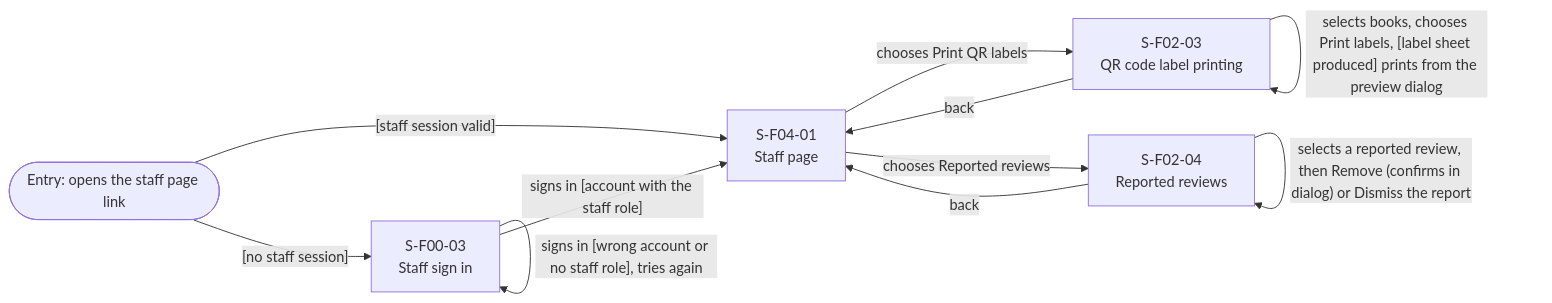
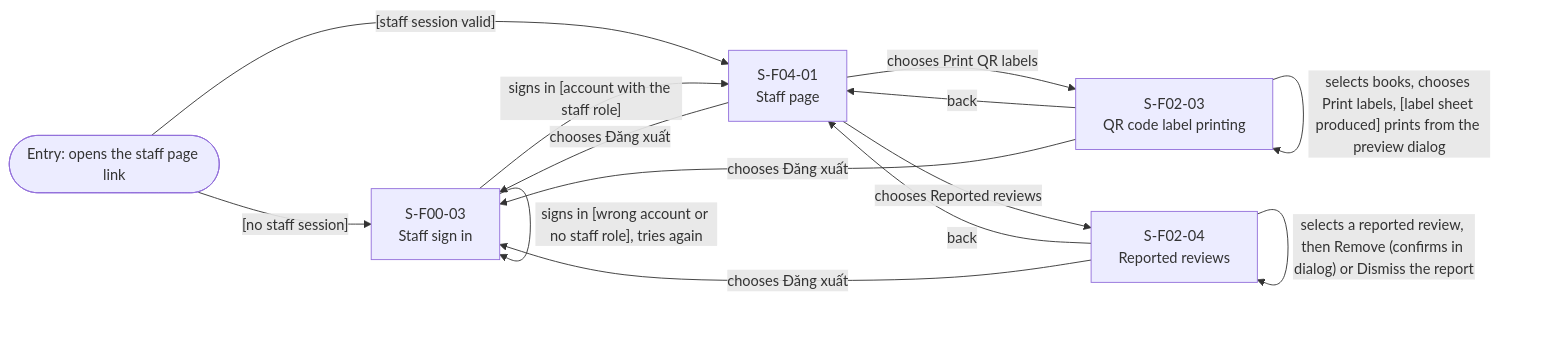
The second of 2 diagrams in [DBIZ 2] GROUP H/EXTERNAL DESIGN/screen-transition.md (chihvcte-beep/dbiz2-group-h), drawn with Mermaid before and after one commit. The commit also changed other lines of this file and 190 other files, not shown here.

````diff
--- a/[DBIZ 2] GROUP H/EXTERNAL DESIGN/screen-transition.md
+++ b/[DBIZ 2] GROUP H/EXTERNAL DESIGN/screen-transition.md
@@ -116,19 +124,22 @@
 ```mermaid
 flowchart LR
   eStaff(["Entry: opens the staff page link"])
   S00_03["S-F00-03<br>Staff sign in"]
   S04_01["S-F04-01<br>Staff page"]
   S02_03["S-F02-03<br>QR code label printing"]
   S02_04["S-F02-04<br>Reported reviews"]
 
   eStaff -->|"[no staff session]"| S00_03
   eStaff -->|"[staff session valid]"| S04_01
   S00_03 -->|"signs in [wrong account or no staff role], tries again"| S00_03
   S00_03 -->|"signs in [account with the staff role]"| S04_01
   S04_01 -->|"chooses Print QR labels"| S02_03
   S02_03 -->|"selects books, chooses Print labels, [label sheet produced] prints from the preview dialog"| S02_03
   S02_03 -->|"back"| S04_01
   S04_01 -->|"chooses Reported reviews"| S02_04
   S02_04 -->|"selects a reported review, then Remove (confirms in dialog) or Dismiss the report"| S02_04
   S02_04 -->|"back"| S04_01
+  S04_01 -->|"chooses Đăng xuất"| S00_03
+  S02_03 -->|"chooses Đăng xuất"| S00_03
+  S02_04 -->|"chooses Đăng xuất"| S00_03
 ```
````
